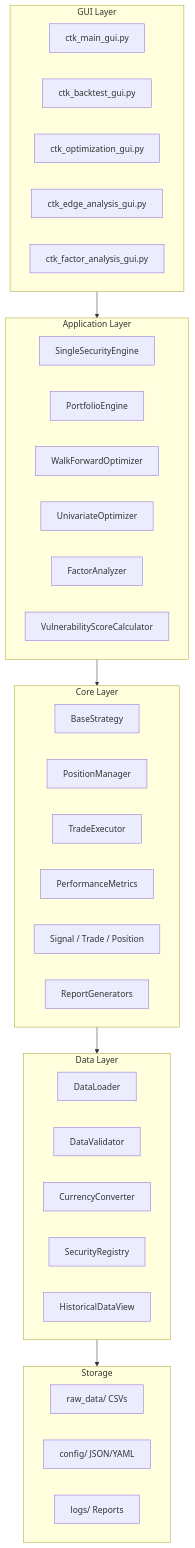
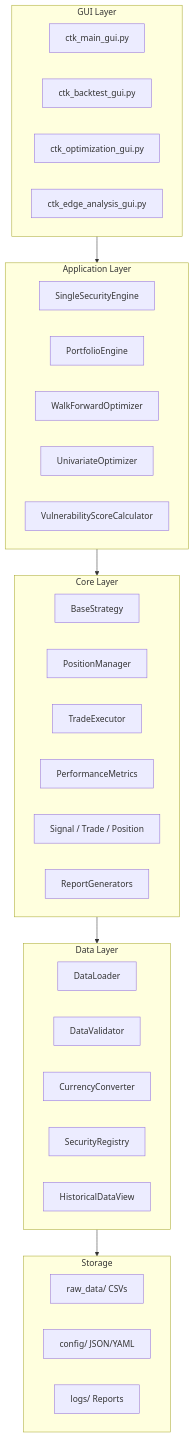
The diagram in docs/Implementation/Architecture Overview.md (rzeminski16-cell/BackTestingFramework), drawn with Mermaid before and after one commit. The commit also changed other lines of this file and 73 other files, not shown here.

First line of the commit message:
Remove Factor Analysis tool

````diff
--- a/docs/Implementation/Architecture Overview.md
+++ b/docs/Implementation/Architecture Overview.md
@@ -17,47 +17,45 @@
 ```mermaid
 graph TB
     subgraph GUI["GUI Layer"]
         A1[ctk_main_gui.py]
         A2[ctk_backtest_gui.py]
         A3[ctk_optimization_gui.py]
         A4[ctk_edge_analysis_gui.py]
-        A5[ctk_factor_analysis_gui.py]
     end
 
     subgraph APP["Application Layer"]
         B1[SingleSecurityEngine]
         B2[PortfolioEngine]
         B3[WalkForwardOptimizer]
         B4[UnivariateOptimizer]
-        B5[FactorAnalyzer]
         B6[VulnerabilityScoreCalculator]
     end
 
     subgraph CORE["Core Layer"]
         C1[BaseStrategy]
         C2[PositionManager]
         C3[TradeExecutor]
         C4[PerformanceMetrics]
         C5[Signal / Trade / Position]
         C6[ReportGenerators]
     end
 
     subgraph DATA["Data Layer"]
         D1[DataLoader]
         D2[DataValidator]
         D3[CurrencyConverter]
         D4[SecurityRegistry]
         D5[HistoricalDataView]
     end
 
     subgraph STORAGE["Storage"]
         E1[raw_data/ CSVs]
         E2[config/ JSON/YAML]
         E3[logs/ Reports]
     end
 
     GUI --> APP
     APP --> CORE
     CORE --> DATA
     DATA --> STORAGE
 ```
````
